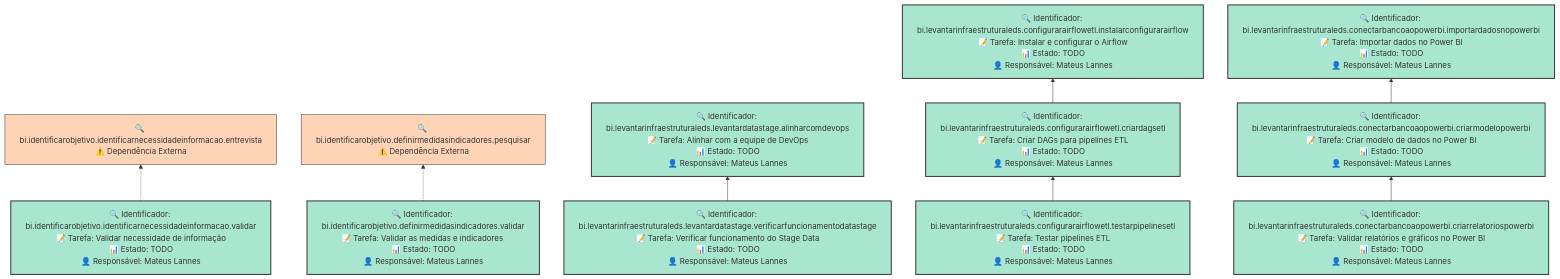
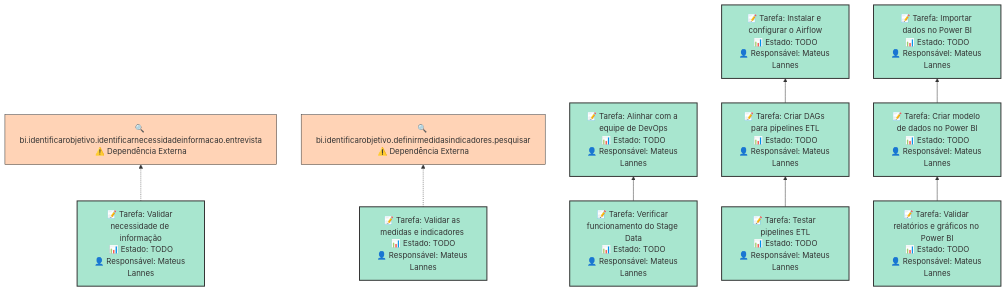
One commit to leds-org/leds-tools-made-docker changed the diagram in example/sprints/sprint2.md. Above: the diagram before and after it, drawn with Mermaid. The commit also changed other lines of this file and 6 other files, not shown here.

````diff
--- a/example/sprints/sprint2.md
+++ b/example/sprints/sprint2.md
@@ -32,25 +31,25 @@
 ```mermaid
 graph BT
     classDef sprint fill:#a8e6cf,stroke:#333,stroke-width:2px;
     classDef done fill:#98fb98,stroke:#333,stroke-width:2px;
     classDef external fill:#ffd3b6,stroke:#333,stroke-width:1px;
     bi.identificarobjetivo.identificarnecessidadeinformacao.entrevista["🔍 bi.identificarobjetivo.identificarnecessidadeinformacao.entrevista<br>⚠️ Dependência Externa"]:::external
     bi.identificarobjetivo.definirmedidasindicadores.pesquisar["🔍 bi.identificarobjetivo.definirmedidasindicadores.pesquisar<br>⚠️ Dependência Externa"]:::external
-    bi.identificarobjetivo.identificarnecessidadeinformacao.validar["🔍 Identificador: bi.identificarobjetivo.identificarnecessidadeinformacao.validar<br>📝 Tarefa: Validar necessidade de informação<br>📊 Estado: TODO<br>👤 Responsável: Mateus Lannes "]:::sprint
-    bi.identificarobjetivo.definirmedidasindicadores.validar["🔍 Identificador: bi.identificarobjetivo.definirmedidasindicadores.validar<br>📝 Tarefa: Validar as medidas e indicadores <br>📊 Estado: TODO<br>👤 Responsável: Mateus Lannes "]:::sprint
-    bi.levantarinfraestruturaleds.levantardatastage.alinharcomdevops["🔍 Identificador: bi.levantarinfraestruturaleds.levantardatastage.alinharcomdevops<br>📝 Tarefa: Alinhar com a equipe de DevOps<br>📊 Estado: TODO<br>👤 Responsável: Mateus Lannes "]:::sprint
-    bi.levantarinfraestruturaleds.configurarairflowetl.instalarconfigurarairflow["🔍 Identificador: bi.levantarinfraestruturaleds.configurarairflowetl.instalarconfigurarairflow<br>📝 Tarefa: Instalar e configurar o Airflow<br>📊 Estado: TODO<br>👤 Responsável: Mateus Lannes "]:::sprint
-    bi.levantarinfraestruturaleds.conectarbancoaopowerbi.importardadosnopowerbi["🔍 Identificador: bi.levantarinfraestruturaleds.conectarbancoaopowerbi.importardadosnopowerbi<br>📝 Tarefa: Importar dados no Power BI<br>📊 Estado: TODO<br>👤 Responsável: Mateus Lannes "]:::sprint
-    bi.levantarinfraestruturaleds.levantardatastage.verificarfuncionamentodatastage["🔍 Identificador: bi.levantarinfraestruturaleds.levantardatastage.verificarfuncionamentodatastage<br>📝 Tarefa: Verificar funcionamento do Stage Data<br>📊 Estado: TODO<br>👤 Responsável: Mateus Lannes "]:::sprint
-    bi.levantarinfraestruturaleds.configurarairflowetl.testarpipelinesetl["🔍 Identificador: bi.levantarinfraestruturaleds.configurarairflowetl.testarpipelinesetl<br>📝 Tarefa: Testar pipelines ETL<br>📊 Estado: TODO<br>👤 Responsável: Mateus Lannes "]:::sprint
-    bi.levantarinfraestruturaleds.conectarbancoaopowerbi.criarrelatoriospowerbi["🔍 Identificador: bi.levantarinfraestruturaleds.conectarbancoaopowerbi.criarrelatoriospowerbi<br>📝 Tarefa: Validar relatórios e gráficos no Power BI<br>📊 Estado: TODO<br>👤 Responsável: Mateus Lannes "]:::sprint
-    bi.levantarinfraestruturaleds.configurarairflowetl.criardagsetl["🔍 Identificador: bi.levantarinfraestruturaleds.configurarairflowetl.criardagsetl<br>📝 Tarefa: Criar DAGs para pipelines ETL<br>📊 Estado: TODO<br>👤 Responsável: Mateus Lannes "]:::sprint
-    bi.levantarinfraestruturaleds.conectarbancoaopowerbi.criarmodelopowerbi["🔍 Identificador: bi.levantarinfraestruturaleds.conectarbancoaopowerbi.criarmodelopowerbi<br>📝 Tarefa: Criar modelo de dados no Power BI<br>📊 Estado: TODO<br>👤 Responsável: Mateus Lannes "]:::sprint
+    bi.identificarobjetivo.identificarnecessidadeinformacao.validar["📝 Tarefa: Validar necessidade de informação<br>📊 Estado: TODO<br>👤 Responsável: Mateus Lannes "]:::sprint
+    bi.identificarobjetivo.definirmedidasindicadores.validar["📝 Tarefa: Validar as medidas e indicadores <br>📊 Estado: TODO<br>👤 Responsável: Mateus Lannes "]:::sprint
+    bi.levantarinfraestruturaleds.levantardatastage.alinharcomdevops["📝 Tarefa: Alinhar com a equipe de DevOps<br>📊 Estado: TODO<br>👤 Responsável: Mateus Lannes "]:::sprint
+    bi.levantarinfraestruturaleds.configurarairflowetl.instalarconfigurarairflow["📝 Tarefa: Instalar e configurar o Airflow<br>📊 Estado: TODO<br>👤 Responsável: Mateus Lannes "]:::sprint
+    bi.levantarinfraestruturaleds.conectarbancoaopowerbi.importardadosnopowerbi["📝 Tarefa: Importar dados no Power BI<br>📊 Estado: TODO<br>👤 Responsável: Mateus Lannes "]:::sprint
+    bi.levantarinfraestruturaleds.levantardatastage.verificarfuncionamentodatastage["📝 Tarefa: Verificar funcionamento do Stage Data<br>📊 Estado: TODO<br>👤 Responsável: Mateus Lannes "]:::sprint
+    bi.levantarinfraestruturaleds.configurarairflowetl.testarpipelinesetl["📝 Tarefa: Testar pipelines ETL<br>📊 Estado: TODO<br>👤 Responsável: Mateus Lannes "]:::sprint
+    bi.levantarinfraestruturaleds.conectarbancoaopowerbi.criarrelatoriospowerbi["📝 Tarefa: Validar relatórios e gráficos no Power BI<br>📊 Estado: TODO<br>👤 Responsável: Mateus Lannes "]:::sprint
+    bi.levantarinfraestruturaleds.configurarairflowetl.criardagsetl["📝 Tarefa: Criar DAGs para pipelines ETL<br>📊 Estado: TODO<br>👤 Responsável: Mateus Lannes "]:::sprint
+    bi.levantarinfraestruturaleds.conectarbancoaopowerbi.criarmodelopowerbi["📝 Tarefa: Criar modelo de dados no Power BI<br>📊 Estado: TODO<br>👤 Responsável: Mateus Lannes "]:::sprint
     bi.identificarobjetivo.identificarnecessidadeinformacao.validar -.-> bi.identificarobjetivo.identificarnecessidadeinformacao.entrevista
     bi.identificarobjetivo.definirmedidasindicadores.validar -.-> bi.identificarobjetivo.definirmedidasindicadores.pesquisar
     bi.levantarinfraestruturaleds.levantardatastage.verificarfuncionamentodatastage --> bi.levantarinfraestruturaleds.levantardatastage.alinharcomdevops
     bi.levantarinfraestruturaleds.configurarairflowetl.criardagsetl --> bi.levantarinfraestruturaleds.configurarairflowetl.instalarconfigurarairflow
     bi.levantarinfraestruturaleds.configurarairflowetl.testarpipelinesetl --> bi.levantarinfraestruturaleds.configurarairflowetl.criardagsetl
     bi.levantarinfraestruturaleds.conectarbancoaopowerbi.criarmodelopowerbi --> bi.levantarinfraestruturaleds.conectarbancoaopowerbi.importardadosnopowerbi
     bi.levantarinfraestruturaleds.conectarbancoaopowerbi.criarrelatoriospowerbi --> bi.levantarinfraestruturaleds.conectarbancoaopowerbi.criarmodelopowerbi
 ```
````
